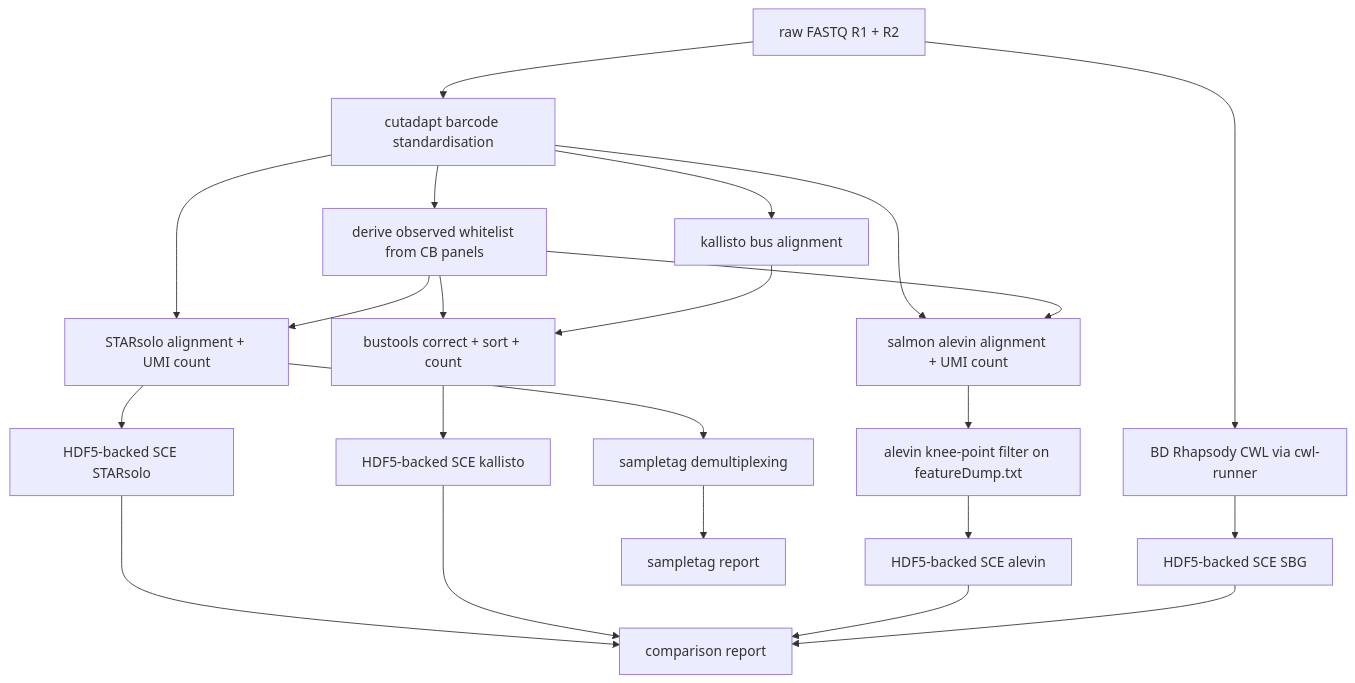
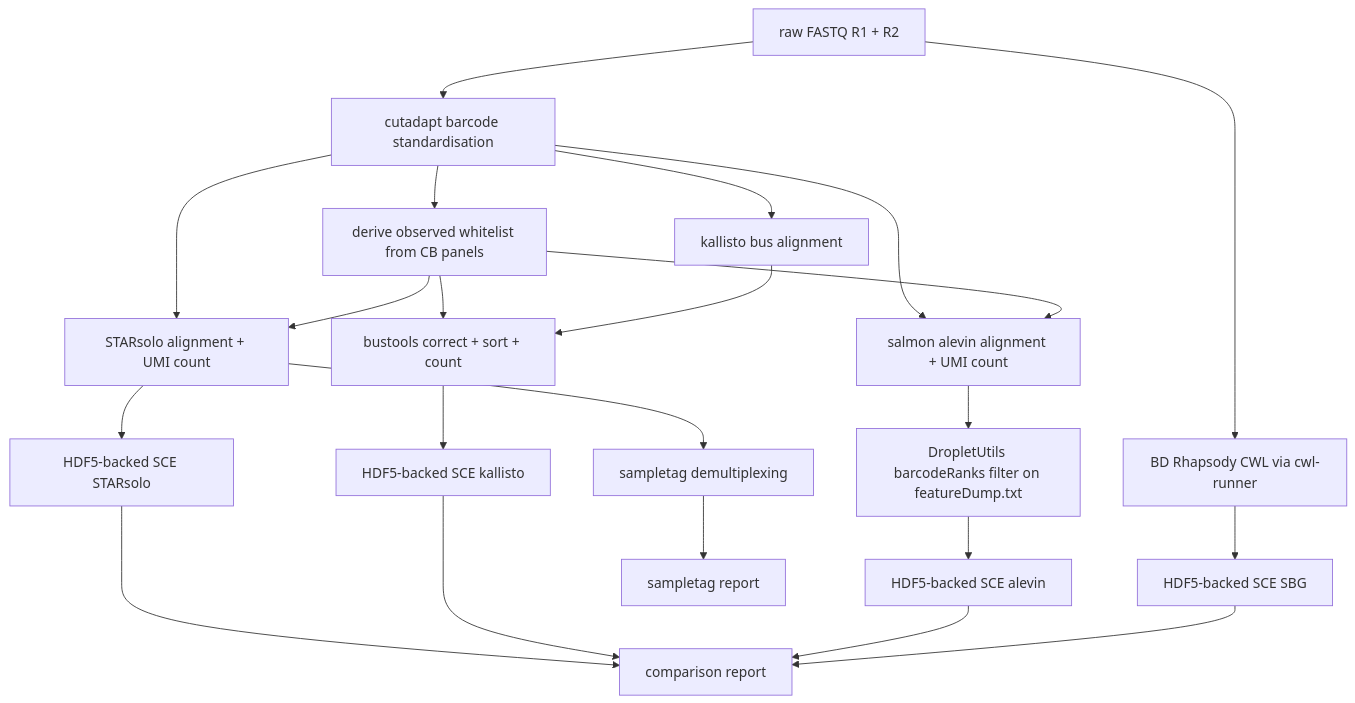
Before and after one commit to imallona/rhapsodist: the diagram in README.md, drawn with Mermaid. The commit also changed other lines of this file and 6 other files, not shown here.

Commit message:
Switch to barcodeRanks for alevin too; add extra figures for Sendoel

````diff
--- a/README.md
+++ b/README.md
@@ -13,26 +13,26 @@
 ```mermaid
 flowchart TD
     reads[raw FASTQ R1 + R2] --> cutadapt[cutadapt barcode standardisation]
 
     cutadapt --> wl[derive observed whitelist from CB panels]
     cutadapt --> starsolo[STARsolo alignment + UMI count]
     cutadapt --> kallisto[kallisto bus alignment]
     cutadapt --> alevin[salmon alevin alignment + UMI count]
     reads --> sbg[BD Rhapsody CWL via cwl-runner]
 
     wl --> starsolo
     wl --> bustools[bustools correct + sort + count]
     wl --> alevin
 
     starsolo --> sce_star[HDF5-backed SCE STARsolo]
     kallisto --> bustools
     bustools --> sce_kallisto[HDF5-backed SCE kallisto]
-    alevin --> knee[alevin knee-point filter on featureDump.txt]
+    alevin --> knee[DropletUtils barcodeRanks filter on featureDump.txt]
     knee --> sce_alevin[HDF5-backed SCE alevin]
     sbg --> sce_sbg[HDF5-backed SCE SBG]
 
     sce_star & sce_kallisto & sce_alevin & sce_sbg --> report[comparison report]
 
     starsolo --> sampletags[sampletag demultiplexing]
     sampletags --> st_report[sampletag report]
 ```
````
